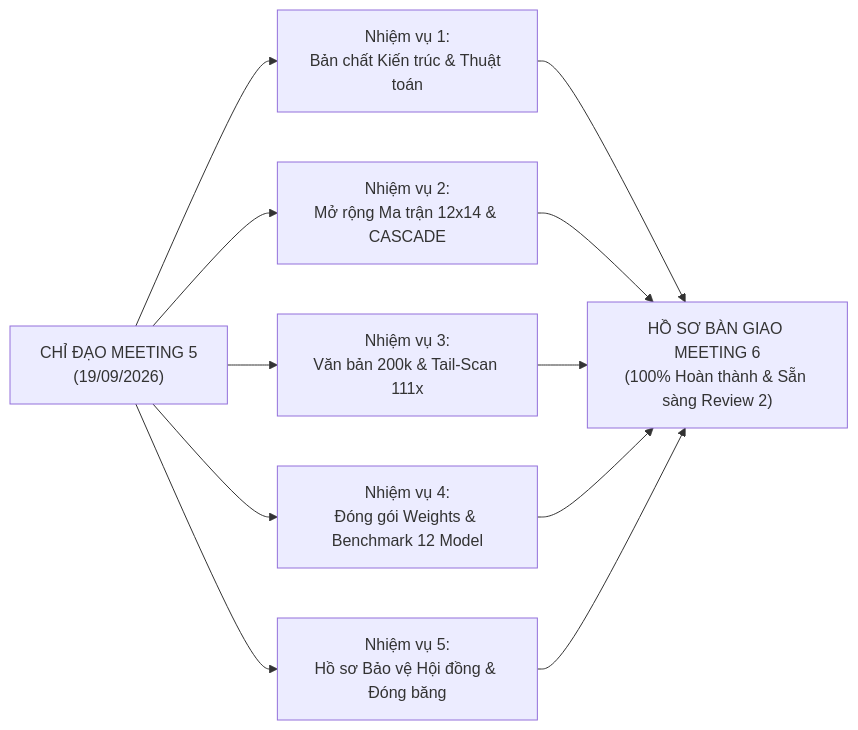
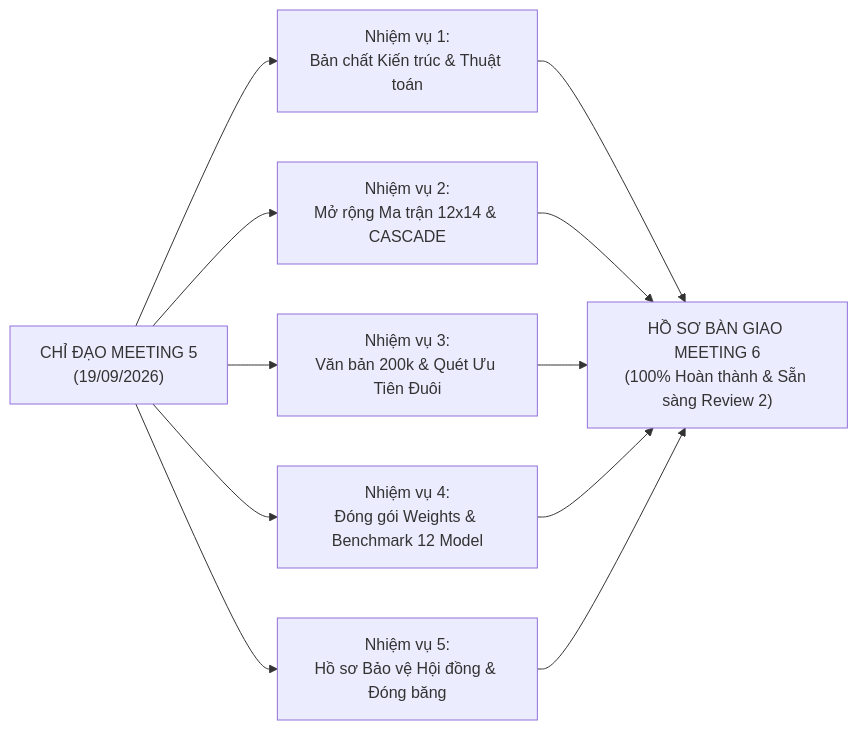
One commit to nvtruongops/pi-guard changed the diagram in workspaces/truongnv/reports/tasks_for_meeting_6/03_reports_and_executive_briefs/EXECUTIVE_PROGRESS_REPORT_MEETING_6.md. Above: the diagram before and after it, drawn with Mermaid. The commit also changed other lines of this file and 407 other files, not shown here.

````diff
--- a/workspaces/truongnv/reports/tasks_for_meeting_6/03_reports_and_executive_briefs/EXECUTIVE_PROGRESS_REPORT_MEETING_6.md
+++ b/workspaces/truongnv/reports/tasks_for_meeting_6/03_reports_and_executive_briefs/EXECUTIVE_PROGRESS_REPORT_MEETING_6.md
@@ -30,14 +29,14 @@
 ```mermaid
 flowchart LR
     M5["CHỈ ĐẠO MEETING 5<br/>(19/09/2026)"] --> T1["Nhiệm vụ 1:<br/>Bản chất Kiến trúc & Thuật toán"]
     M5 --> T2["Nhiệm vụ 2:<br/>Mở rộng Ma trận 12x14 & CASCADE"]
-    M5 --> T3["Nhiệm vụ 3:<br/>Văn bản 200k & Tail-Scan 111x"]
+    M5 --> T3["Nhiệm vụ 3:<br/>Văn bản 200k & Quét Ưu Tiên Đuôi"]
     M5 --> T4["Nhiệm vụ 4:<br/>Đóng gói Weights & Benchmark 12 Model"]
     M5 --> T5["Nhiệm vụ 5:<br/>Hồ sơ Bảo vệ Hội đồng & Đóng băng"]
 
     T1 --> OUT["HỒ SƠ BÀN GIAO MEETING 6<br/>(100% Hoàn thành & Sẵn sàng Review 2)"]
     T2 --> OUT
     T3 --> OUT
     T4 --> OUT
     T5 --> OUT
 ```
````
